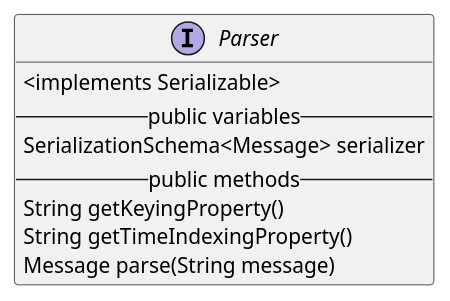
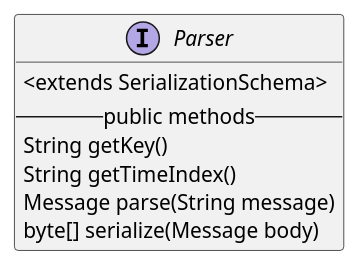
The diagram in docs/diagrams/Parser.puml (datakaveri/iudx-adaptor-framework), drawn with PlantUML before and after one commit. The commit also changed 19 other files, not shown here.

```diff
--- a/docs/diagrams/Parser.puml
+++ b/docs/diagrams/Parser.puml
@@ -1,11 +1,10 @@
 @startuml
 interface Parser  {
-    <implements Serializable>
-  -- public variables --
-  SerializationSchema<Message> serializer
+    <extends SerializationSchema>
   -- public methods --
-  String getKeyingProperty()
-  String getTimeIndexingProperty()
+  String getKey()
+  String getTimeIndex()
   Message parse(String message)
+  byte[] serialize(Message body)
 }
 @enduml
```
